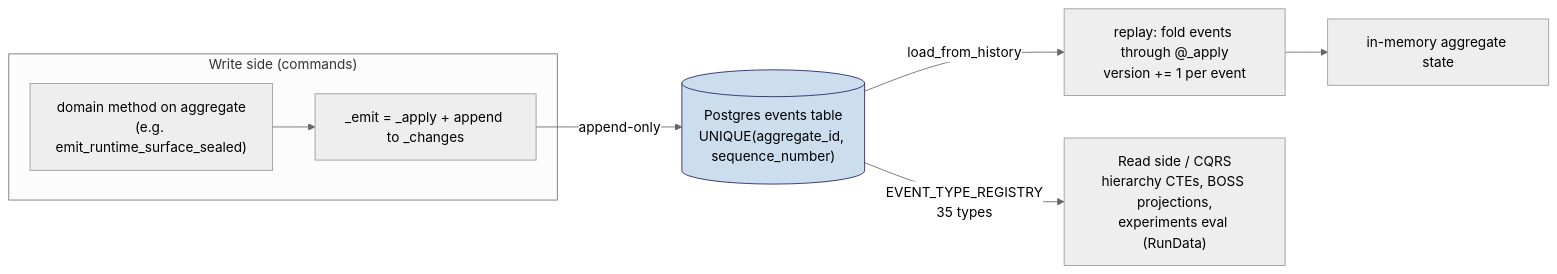
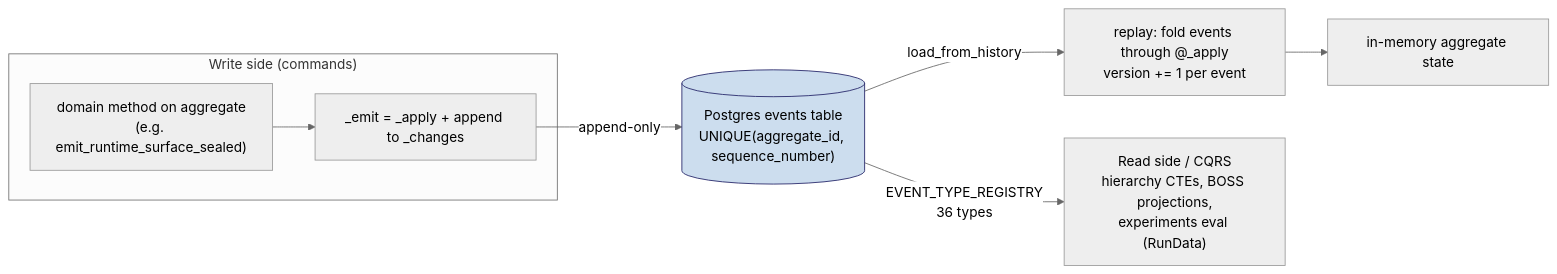
The first of 4 diagrams in SYSTEM_REFERENCE.md (arise-ai-security/arise-sec-lion), drawn with Mermaid (neutral theme) before and after one commit. The commit also changed other lines of this file and 28 other files, not shown here.

````diff
--- a/SYSTEM_REFERENCE.md
+++ b/SYSTEM_REFERENCE.md
@@ -175,14 +175,14 @@
 ```mermaid
 flowchart LR
     subgraph Write["Write side (commands)"]
         DM["domain method on aggregate<br/>(e.g. emit_runtime_surface_sealed)"]
         EM["_emit = _apply + append to _changes"]
         DM --> EM
     end
     EM -->|append-only| ES[("Postgres events table<br/>UNIQUE(aggregate_id, sequence_number)")]
     ES -->|load_from_history| RP["replay: fold events through @_apply<br/>version += 1 per event"]
     RP --> AGG["in-memory aggregate state"]
-    ES -->|EVENT_TYPE_REGISTRY<br/>35 types| RD["Read side / CQRS<br/>hierarchy CTEs, BOSS projections,<br/>experiments eval (RunData)"]
+    ES -->|EVENT_TYPE_REGISTRY<br/>36 types| RD["Read side / CQRS<br/>hierarchy CTEs, BOSS projections,<br/>experiments eval (RunData)"]
     classDef store fill:#cde,stroke:#226;
     class ES store
 ```
````
